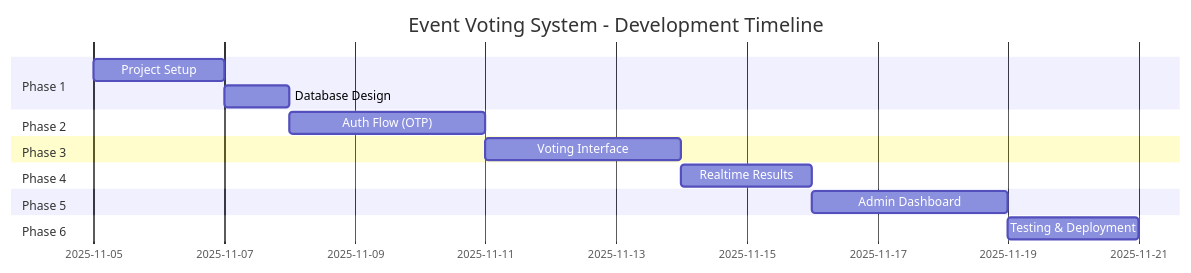
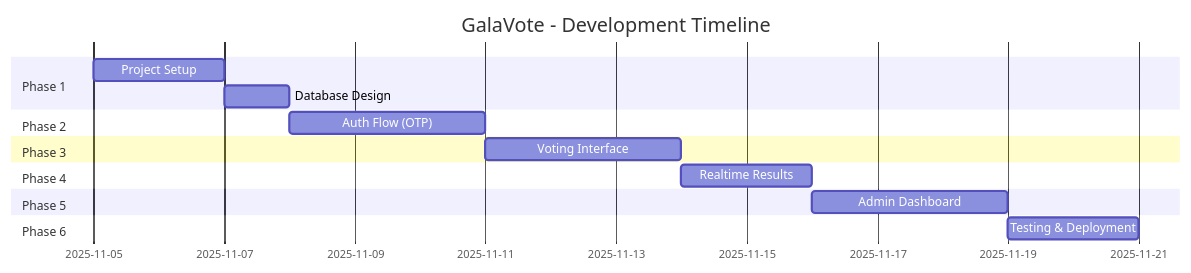
One commit to t-code4change/event-voting changed the diagram in docs/implementation-plan.md. Above: the diagram before and after it, drawn with Mermaid. The commit also changed other lines of this file and 321 other files, not shown here.

Commit message:
update gala vote app

````diff
--- a/docs/implementation-plan.md
+++ b/docs/implementation-plan.md
@@ -45,18 +45,18 @@
 ```mermaid
 gantt
-    title Event Voting System - Development Timeline
+    title GalaVote - Development Timeline
     dateFormat  YYYY-MM-DD
     section Phase 1
     Project Setup           :2025-11-05, 2d
     Database Design         :2025-11-07, 1d
     section Phase 2
     Auth Flow (OTP)         :2025-11-08, 3d
     section Phase 3
     Voting Interface        :2025-11-11, 3d
     section Phase 4
     Realtime Results        :2025-11-14, 2d
     section Phase 5
     Admin Dashboard         :2025-11-16, 3d
     section Phase 6
     Testing & Deployment    :2025-11-19, 2d
 ```
````
